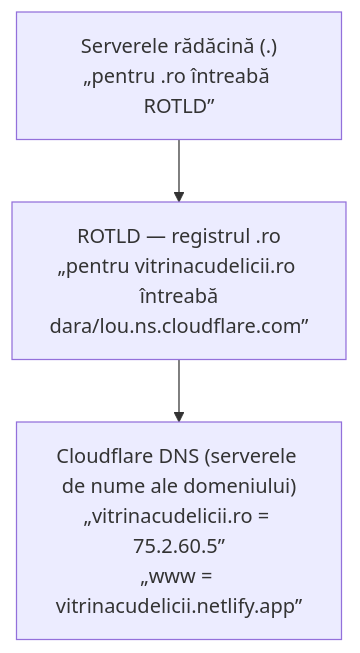
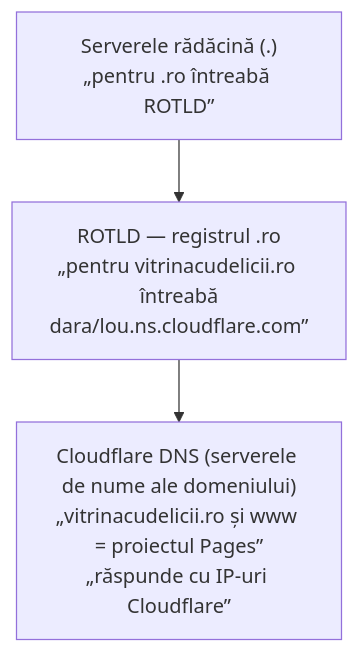
The third of 9 diagrams in docs/arhitectura.md (rosuflaviusalin/vitrina_cu_delicii), drawn with Mermaid before and after one commit. The commit also changed other lines of this file and 3 other files, not shown here.

First line of the commit message:
Move hosting to Cloudflare Pages: 404 page, robots and docs

````diff
--- a/docs/arhitectura.md
+++ b/docs/arhitectura.md
@@ -131,7 +132,7 @@
 ```mermaid
 flowchart TB
     Root["Serverele rădăcină (.)<br/>„pentru .ro întreabă ROTLD”"]
     RO["ROTLD — registrul .ro<br/>„pentru vitrinacudelicii.ro întreabă<br/>dara/lou.ns.cloudflare.com”"]
-    CF["Cloudflare DNS (serverele de nume ale domeniului)<br/>„vitrinacudelicii.ro = 75.2.60.5”<br/>„www = vitrinacudelicii.netlify.app”"]
+    CF["Cloudflare DNS (serverele de nume ale domeniului)<br/>„vitrinacudelicii.ro și www = proiectul Pages”<br/>„răspunde cu IP-uri Cloudflare”"]
     Root --> RO --> CF
 ```
````
